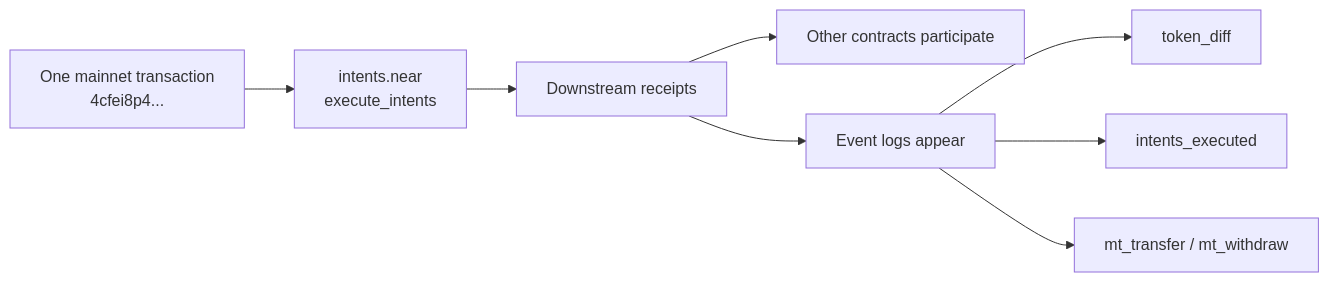
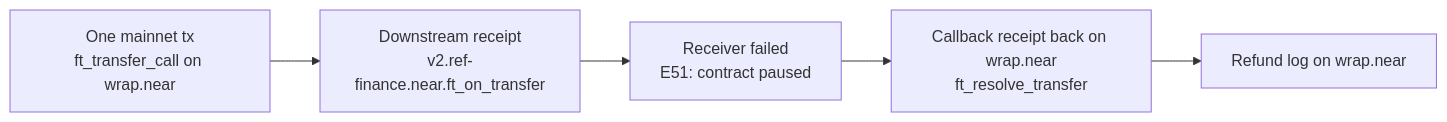
The sixth of 6 diagrams in docs/tx/examples.md (fastnear/builder-docs), drawn with Mermaid before and after one commit. The commit also changed other lines of this file and 54 other files, not shown here.

````diff
--- a/docs/tx/examples.md
+++ b/docs/tx/examples.md
@@ -1396,10 +857,7 @@
 ```mermaid
 flowchart LR
-    T["One mainnet transaction<br/>4cfei8p4..."] --> I["intents.near<br/>execute_intents"]
-    I --> R["Downstream receipts"]
-    R --> C["Other contracts participate"]
-    R --> E["Event logs appear"]
-    E --> TD["token_diff"]
-    E --> IE["intents_executed"]
-    E --> MT["mt_transfer / mt_withdraw"]
+    T["One mainnet tx<br/>ft_transfer_call on wrap.near"] --> D["Downstream receipt<br/>v2.ref-finance.near.ft_on_transfer"]
+    D --> F["Receiver failed<br/>E51: contract paused"]
+    F --> C["Callback receipt back on wrap.near<br/>ft_resolve_transfer"]
+    C --> R["Refund log on wrap.near"]
 ```
````
